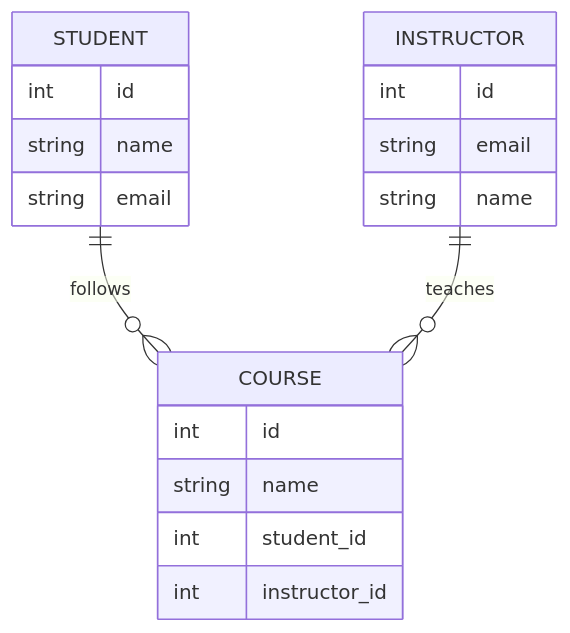
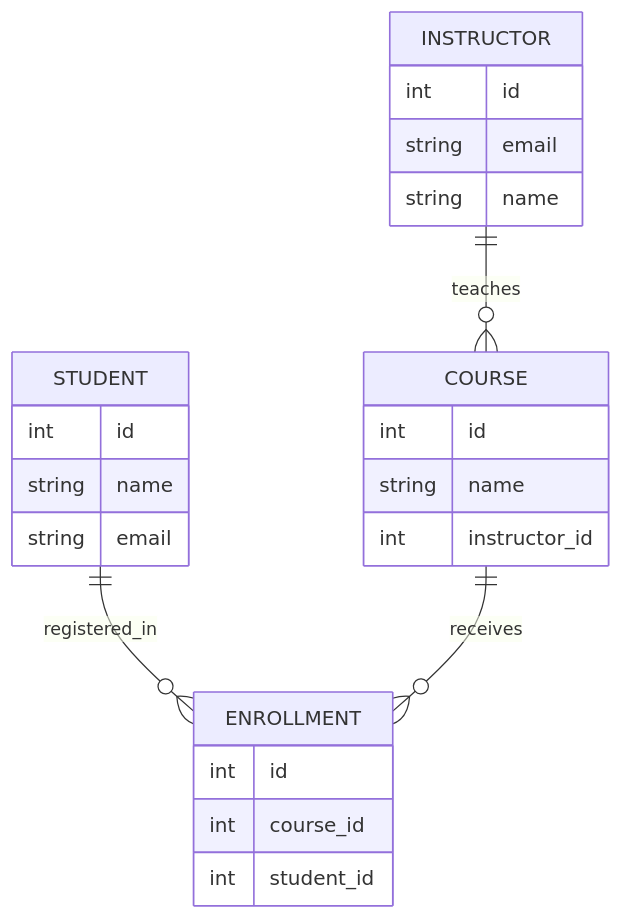
One commit to llacote-holberton/holbertonschool-data_modeling_and_persistence changed the diagram in db_design/0-reworked__docs__entity-relationships-structure.mmd. Above: the diagram before and after it, drawn with Mermaid. The commit also changed 3 other files, not shown here.

```diff
--- a/db_design/0-reworked__docs__entity-relationships-structure.mmd
+++ b/db_design/0-reworked__docs__entity-relationships-structure.mmd
@@ -1,36 +1,42 @@
 erDiagram
     %% Entity structures
     %% In code Student and Instructor would share a "Person" or "User" base class
     STUDENT {
         int id
         string name
         string email
     }
 
     INSTRUCTOR {
       int id
       string email
       string name
     }
 
     COURSE {
       int id
       string name
-      int student_id
       int instructor_id
     }
 
+    ENROLLMENT {
+       int id
+       int course_id
+       int student_id
+    }
+
     %% Entity Relationships
-    STUDENT ||--o{ COURSE: follows
+    STUDENT ||--o{ ENROLLMENT: registered_in
+    COURSE  ||--o{ ENROLLMENT: receives
     INSTRUCTOR ||--o{ COURSE: teaches
 
     %% ==== NOTES ====
     %% Went for a very simple design with course being the pivot table
     %% Because without any additional context on business requirements
     %% I feel it is easy enough to infer additional informations with simple joins,
     %%   such as "with wich teacher(s) does X student interacts"
     %%   or "how many students on average a teacher manages".
     %% However in case volume of students/courses/teachers would scale high and far
     %% THEN it could become useful/necessary to make for more direct relationships
     %%   either creating "computed tables" or making direct relations by integrating
     %%   some computed data in dedicated fields (ex in instructors, "students list" or "courses list").
```
